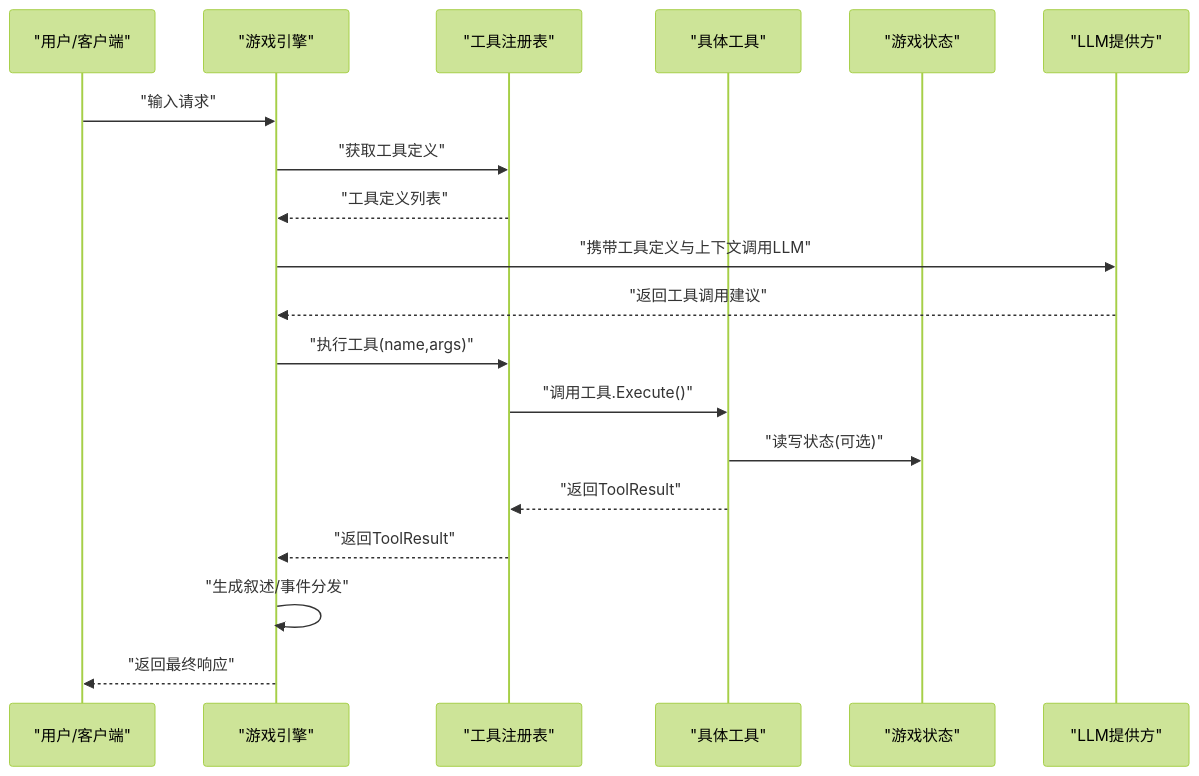
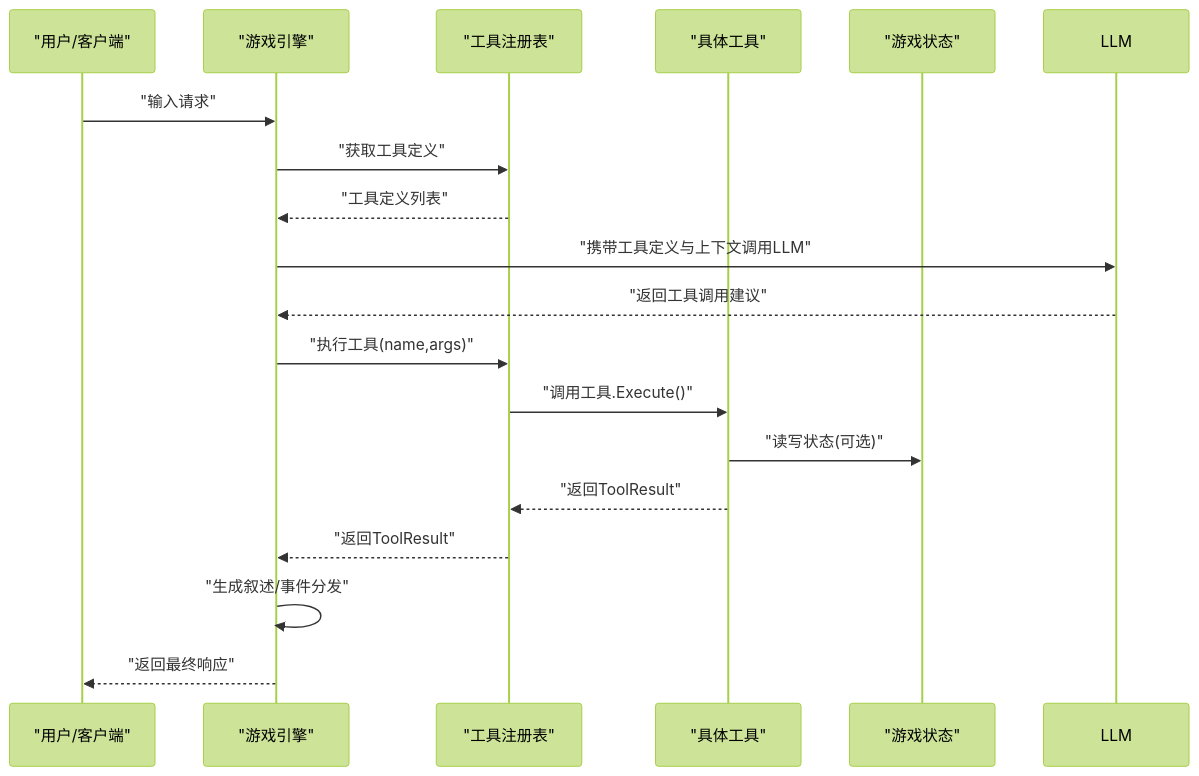
Before and after one commit to zwh8800/cdnd: the second of 11 diagrams in .qoder/repowiki/zh/content/工具系统/工具系统.md, drawn with Mermaid (forest theme). The commit also changed other lines of this file and 11 other files, not shown here.

````diff
--- a/.qoder/repowiki/zh/content/工具系统/工具系统.md
+++ b/.qoder/repowiki/zh/content/工具系统/工具系统.md
@@ -185,21 +138,20 @@
 ```mermaid
 sequenceDiagram
 participant U as "用户/客户端"
 participant E as "游戏引擎"
 participant R as "工具注册表"
 participant T as "具体工具"
 participant S as "游戏状态"
-participant L as "LLM提供方"
 U->>E : "输入请求"
 E->>R : "获取工具定义"
 R-->>E : "工具定义列表"
-E->>L : "携带工具定义与上下文调用LLM"
-L-->>E : "返回工具调用建议"
+E->>LLM : "携带工具定义与上下文调用LLM"
+LLM-->>E : "返回工具调用建议"
 E->>R : "执行工具(name,args)"
 R->>T : "调用工具.Execute()"
 T->>S : "读写状态(可选)"
 T-->>R : "返回ToolResult"
 R-->>E : "返回ToolResult"
 E->>E : "生成叙述/事件分发"
 E-->>U : "返回最终响应"
 ```
````
